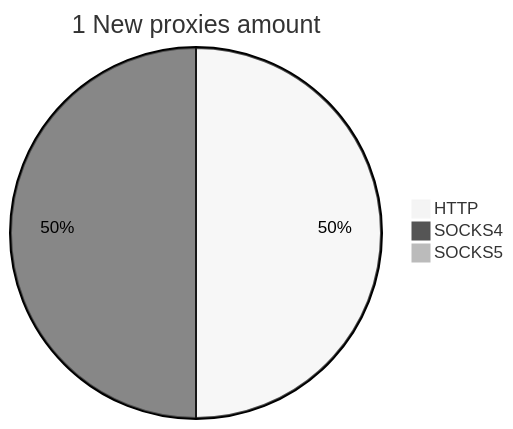
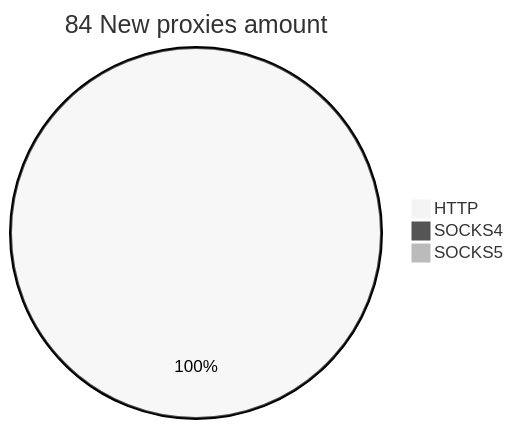
The second of 2 diagrams in README.md (cutipu/proxylist), drawn with Mermaid (neutral theme) before and after one commit. The commit also changed other lines of this file, not shown here.

````diff
--- a/README.md
+++ b/README.md
@@ -10,6 +10,6 @@
 ```mermaid
-pie title 1 New proxies amount
-    "HTTP" : 1
-    "SOCKS4" : 1
+pie title 84 New proxies amount
+    "HTTP" : 166
+    "SOCKS4" : 0
     "SOCKS5" : 0
 ```
````
